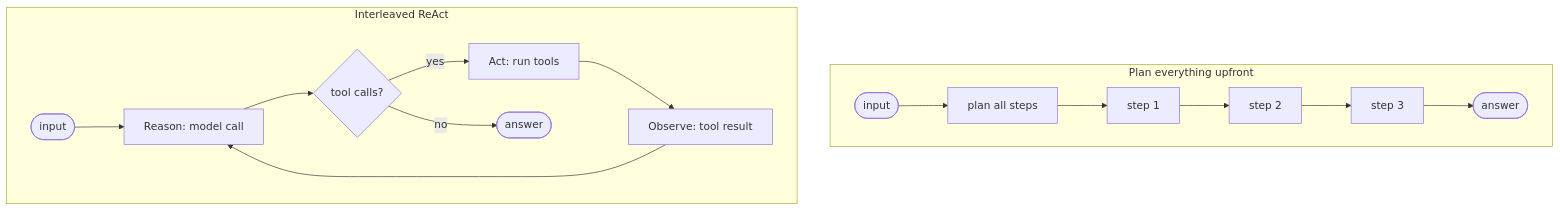
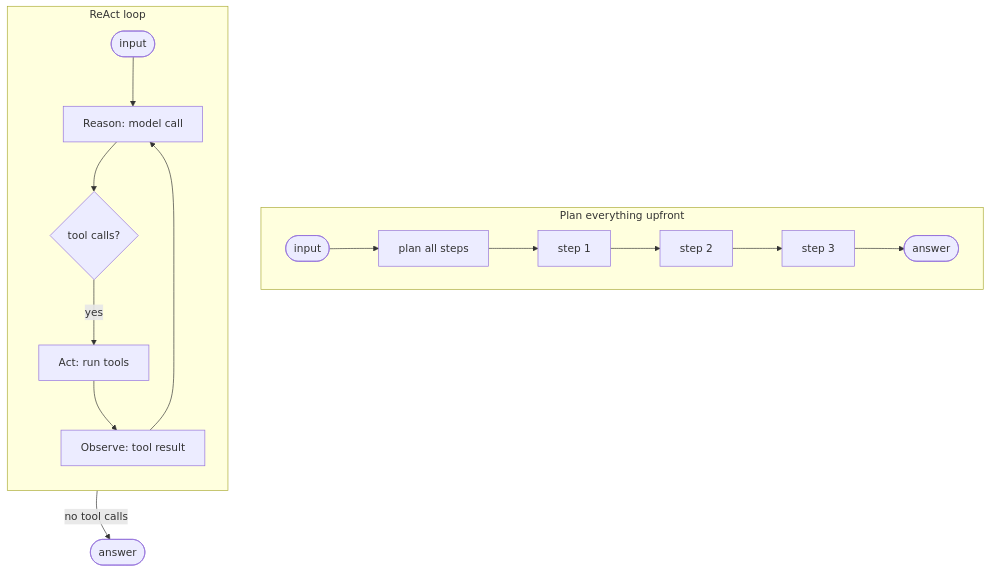
Before and after one commit to michaelatamuk/openjiuwen-jiuwenswarm: diagram 11 of 31 in docs-michael/agent-interview-questions.md, drawn with Mermaid. The commit also changed other lines of this file, not shown here.

````diff
--- a/docs-michael/agent-interview-questions.md
+++ b/docs-michael/agent-interview-questions.md
@@ -189,12 +207,14 @@
 ```mermaid
 flowchart TD
     subgraph PLAN["Plan everything upfront"]
-        I1(["input"]) --> P["plan all steps"] --> S1["step 1"] --> S2["step 2"] --> S3["step 3"] --> O1(["answer"])
+    I1(["input"]) --> P["plan all steps"] --> S1["step 1"] --> S2["step 2"] --> S3["step 3"] --> O1(["answer"])
     end
-    subgraph REACT["Interleaved ReAct"]
+    subgraph LOOP["ReAct loop"]
+    direction TB
         I2(["input"]) --> R["Reason: model call"]
         R --> D{"tool calls?"}
         D -->|yes| TA["Act: run tools"] --> OB["Observe: tool result"] --> R
-        D -->|no| O2(["answer"])
     end
+    D -->|"no tool calls"| O2(["answer"])
+    OB ~~~ O2
 ```
````
